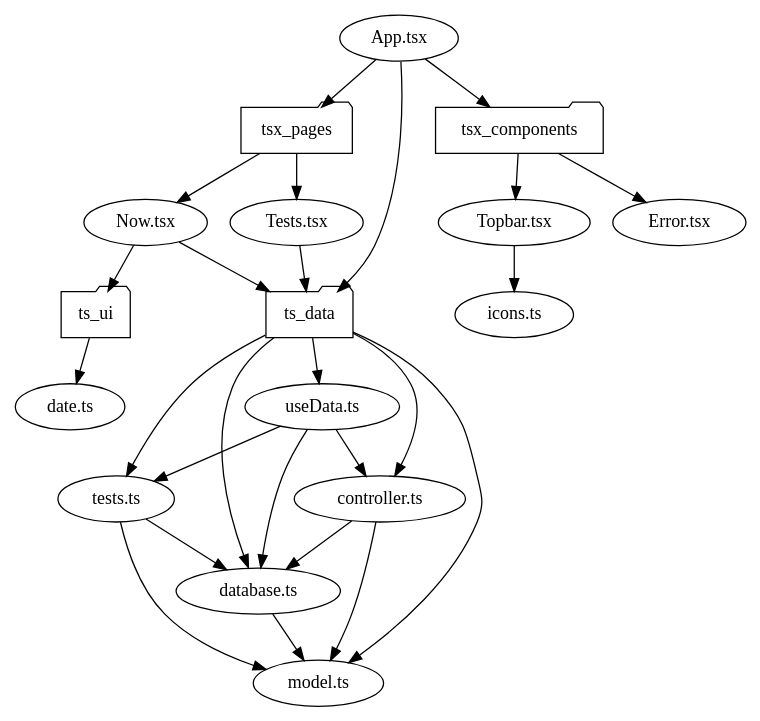
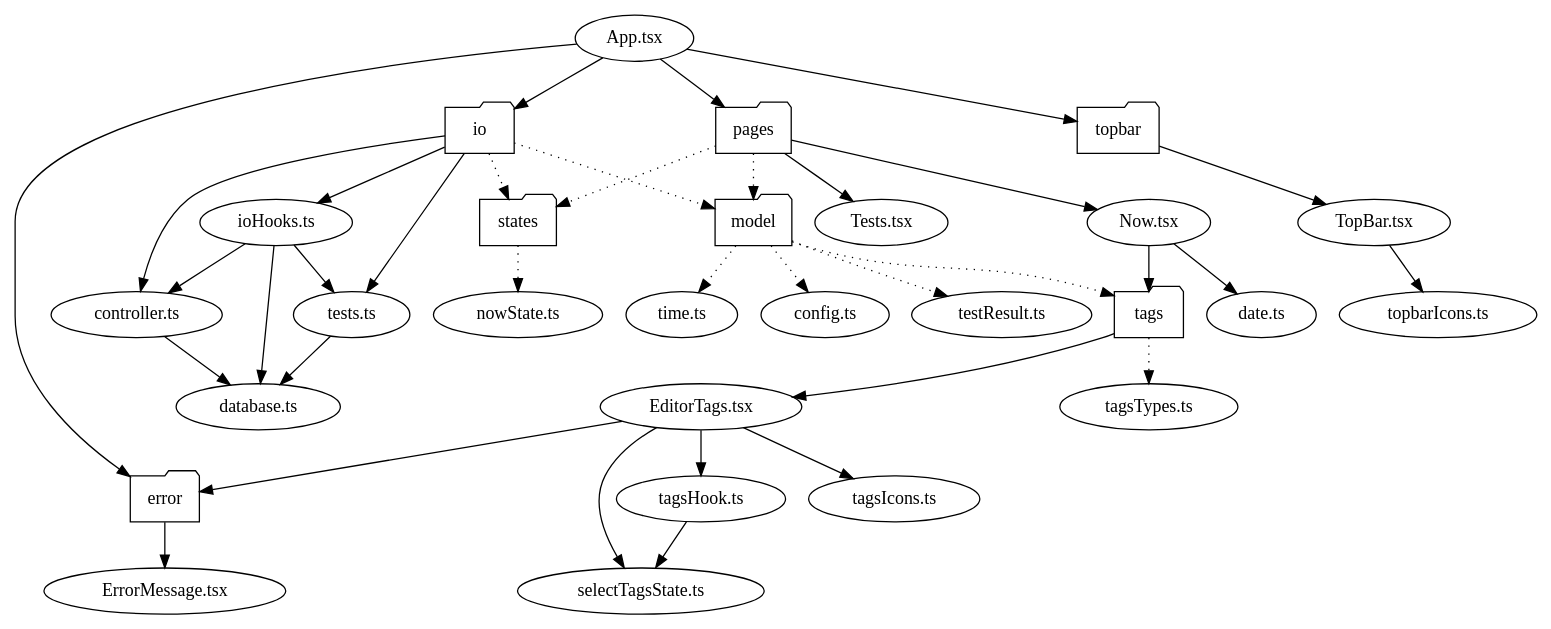
Before and after one commit to cwellsx/time: the diagram in dependencies/dependencies.dot, drawn with Graphviz. The commit also changed 24 other files, not shown here.

```diff
--- a/dependencies/dependencies.dot
+++ b/dependencies/dependencies.dot
@@ -1,27 +1,46 @@
 digraph SRC {
-  "App.tsx" -> {"ts_data" "tsx_components" "tsx_pages"};
+  "App.tsx" -> {"error" "io" "pages" "topbar"};
 
-  "tsx_pages" [shape=folder];
-  "tsx_components" [shape=folder];
-  "ts_ui" [shape=folder];
-  "ts_data" [shape=folder];
+  "error" [shape=folder];
+  "io" [shape=folder];
+  "model" [shape=folder];
+  "pages" [shape=folder];
+  "states" [shape=folder];
+  "tags" [shape=folder];
+  "topbar" [shape=folder];
   
-  "tsx_pages" -> {"Now.tsx" "Tests.tsx"};
-  "Now.tsx" -> {"ts_ui" "ts_data"};
-  "Tests.tsx" -> {"ts_data"};
+  "error" -> {"ErrorMessage.tsx"};
+  "ErrorMessage.tsx" -> {};
 
-  "tsx_components" -> {"Error.tsx" "Topbar.tsx"};
-  "Error.tsx" -> {};
-  "Topbar.tsx" -> {"icons.ts"};
-  "icons.ts" -> {};
-  
-  "ts_ui" -> {"date.ts"};
+  "io" -> {"controller.ts" "ioHooks.ts" "tests.ts"};
+  "io" -> {"model" "states"} [style=dotted];
+  "controller.ts" -> {"database.ts" };
+  "database.ts" -> {};
+  "ioHooks.ts" -> {"controller.ts" "database.ts" "tests.ts"};
+  "tests.ts" -> {"database.ts"};
+
+  "model" -> {"config.ts" "testResult.ts" "time.ts", "tags"} [style=dotted];
+  "config.ts" -> {};
+  "testResult.ts" -> {};
+  "time.ts" -> {};
+
+  "pages" -> {"Now.tsx" "Tests.tsx"};
+  "pages" -> {"model" "states"} [style=dotted];
   "date.ts" -> {};
-  
-  "ts_data" -> {"controller.ts" "database.ts" "model.ts" "tests.ts" "useData.ts"};
-  "useData.ts" -> {"controller.ts" "database.ts" "tests.ts"};
-  "controller.ts" -> {"database.ts" "model.ts"};
-  "database.ts" -> {"model.ts"};
-  "model.ts" -> {};
-  "tests.ts" -> {"database.ts" "model.ts"};
+  "Now.tsx" -> {"date.ts" "tags"};
+  "Tests.tsx" -> {};
+
+  "states" -> {"nowState.ts"} [style=dotted];
+  "nowState.ts" -> {};
+
+  "tags" -> {"EditorTags.tsx"};
+  "tags" -> {"tagsTypes.ts"} [style=dotted];
+  "EditorTags.tsx" -> {"error" "selectTagsState.ts" "tagsHook.ts" "tagsIcons.ts"};
+  "tagsHook.ts" -> {"selectTagsState.ts"};
+  "tagsIcons.ts" -> {};
+  "tagsTypes.ts" -> {};
+
+  "topbar" -> {"TopBar.tsx"};
+  "TopBar.tsx" -> {"topbarIcons.ts"};
+  "topbarIcons.ts" -> {};
 }
```
